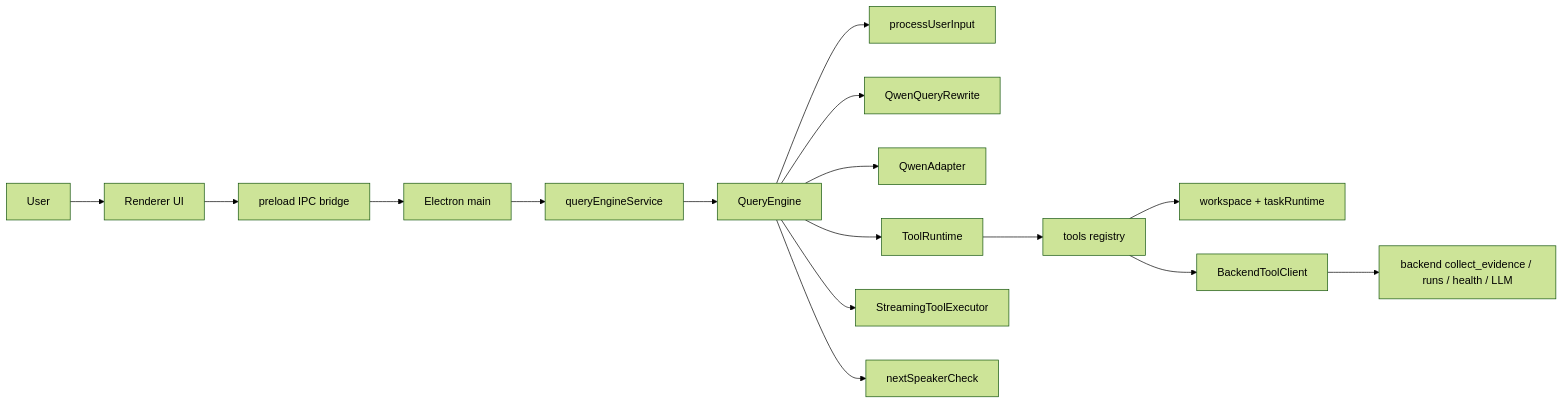
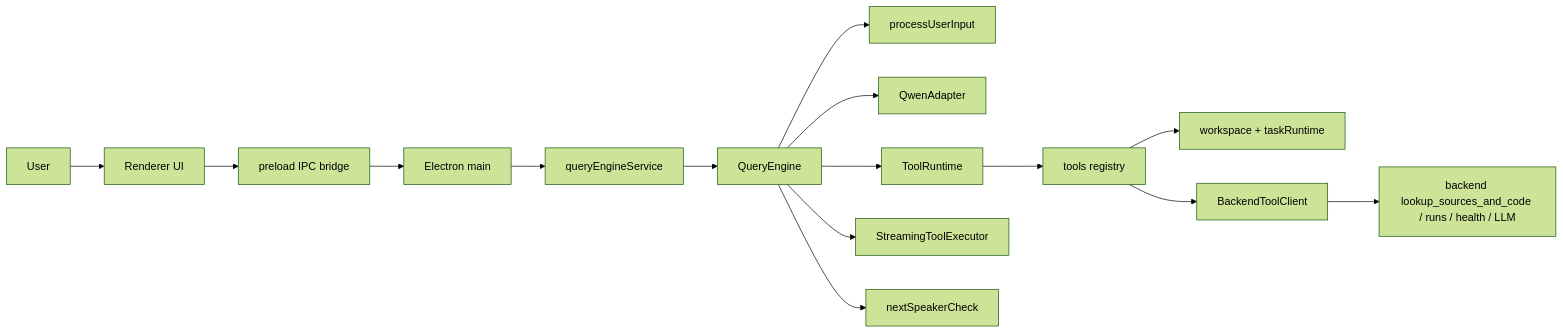
The diagram in docs/01-overview/시스템_상세_아키텍처_설계.md (needitem/pixllm), drawn with Mermaid (forest theme) before and after one commit. The commit also changed other lines of this file and 30 other files, not shown here.

First line of the commit message:
Keep create flows grounded while pruning obsolete reference tests

````diff
--- a/docs/01-overview/시스템_상세_아키텍처_설계.md
+++ b/docs/01-overview/시스템_상세_아키텍처_설계.md
@@ -33,18 +33,17 @@
 ```mermaid
 flowchart LR
     U["User"] --> R["Renderer UI"]
     R --> P["preload IPC bridge"]
     P --> M["Electron main"]
     M --> S["queryEngineService"]
     S --> Q["QueryEngine"]
     Q --> PR["processUserInput"]
-    Q --> RW["QwenQueryRewrite"]
     Q --> QA["QwenAdapter"]
     Q --> TR["ToolRuntime"]
     Q --> STE["StreamingToolExecutor"]
     Q --> NS["nextSpeakerCheck"]
     TR --> TOOLS["tools registry"]
     TOOLS --> WS["workspace + taskRuntime"]
     TOOLS --> BE["BackendToolClient"]
-    BE --> API["backend collect_evidence / runs / health / LLM"]
+    BE --> API["backend lookup_sources_and_code / runs / health / LLM"]
 ```
````
